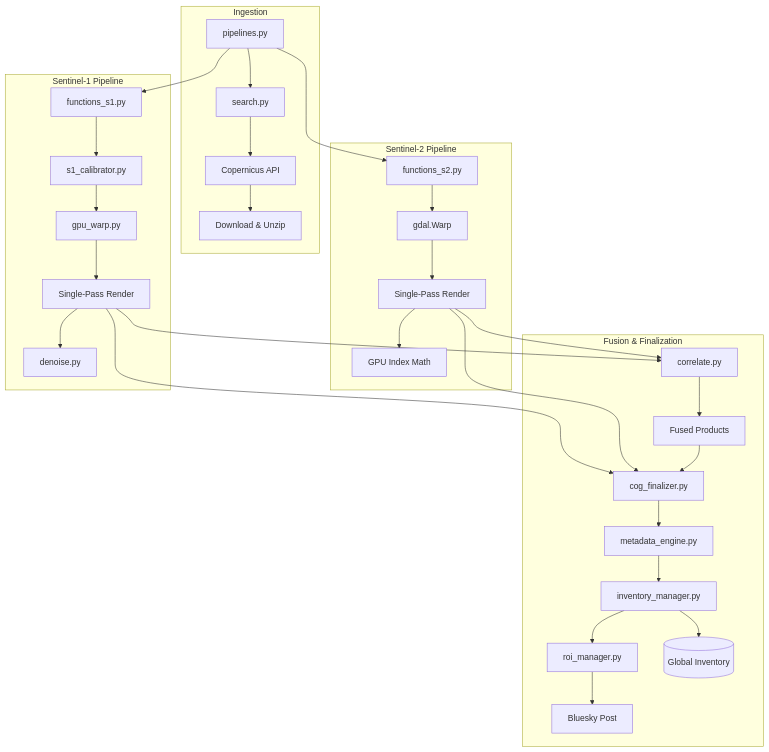
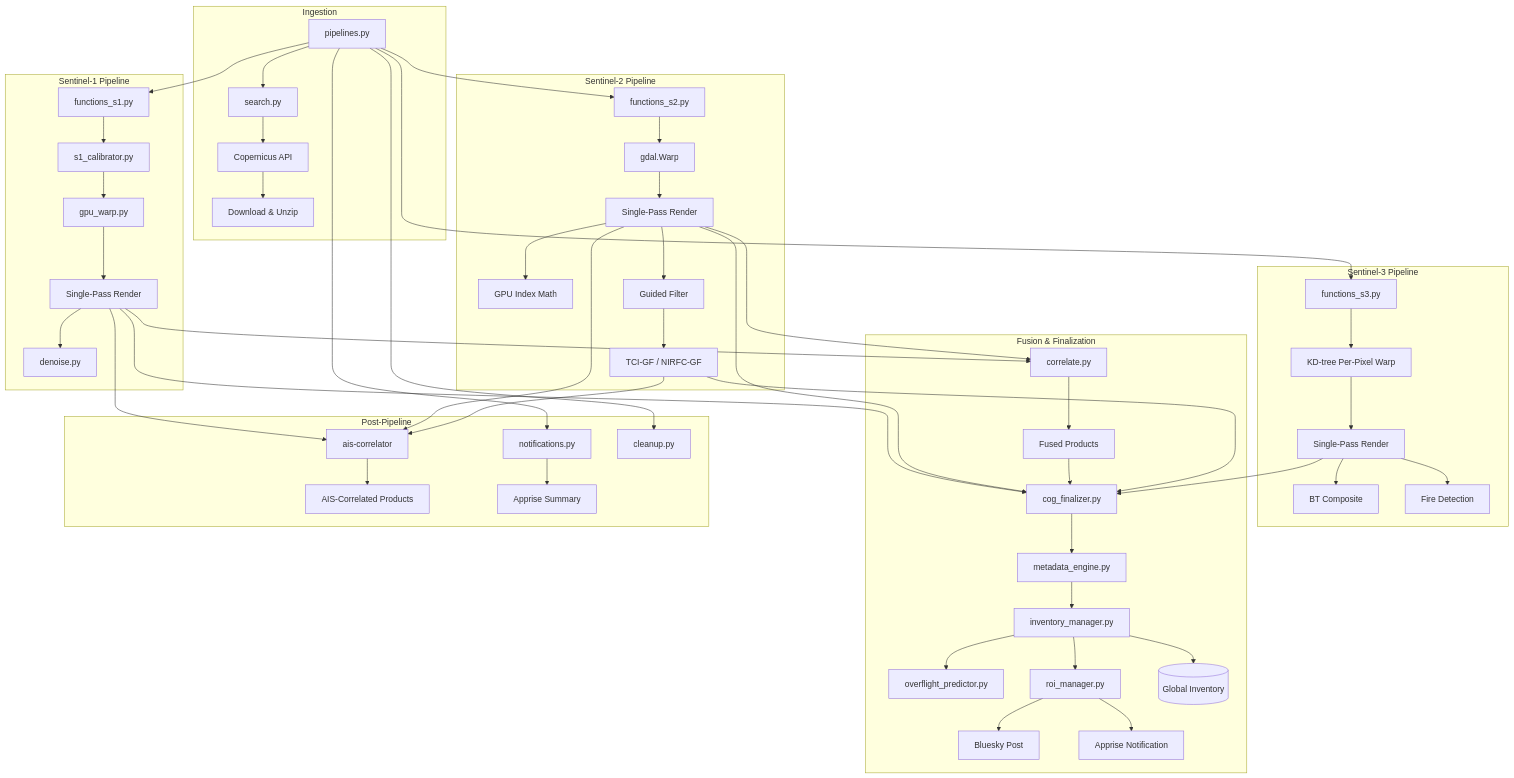
The diagram in PROJECT_OVERVIEW.md (sgofferj/python-sentinel-pipeline), drawn with Mermaid before and after one commit. The commit also changed other lines of this file and 29 other files, not shown here.

First line of the commit message:
Add per-satellite/fusion cleanup TTLs, --shutdown flag, CLEANUP_RAW blanket removal, CLEANUP_S2_VERSIONS per-tile retention

````diff
--- a/PROJECT_OVERVIEW.md
+++ b/PROJECT_OVERVIEW.md
@@ -30,36 +36,56 @@
 ```mermaid
 graph TD
     subgraph "Ingestion"
         P[pipelines.py] --> S[search.py]
         S --> D[Copernicus API]
         D --> DL[Download & Unzip]
     end
 
     subgraph "Sentinel-1 Pipeline"
         P --> S1P[functions_s1.py]
         S1P --> S1C[s1_calibrator.py]
         S1C --> S1W[gpu_warp.py]
         S1W --> S1R[Single-Pass Render]
         S1R --> DN[denoise.py]
     end
 
     subgraph "Sentinel-2 Pipeline"
         P --> S2P[functions_s2.py]
         S2P --> S2W[gdal.Warp]
         S2W --> S2R[Single-Pass Render]
         S2R --> IDX[GPU Index Math]
+        S2R --> GF[Guided Filter]
+        GF --> GF_OUT[TCI-GF / NIRFC-GF]
+    end
+
+    subgraph "Sentinel-3 Pipeline"
+        P --> S3P[functions_s3.py]
+        S3P --> S3W[KD-tree Per-Pixel Warp]
+        S3W --> S3R[Single-Pass Render]
+        S3R --> BT[BT Composite]
+        S3R --> FIRE[Fire Detection]
     end
 
     subgraph "Fusion & Finalization"
         S1R --> COR[correlate.py]
         S2R --> COR
         COR --> FUS[Fused Products]
-        
-        S1R & S2R & FUS --> COG[cog_finalizer.py]
+
+        S1R & S2R & S3R & FUS & GF_OUT --> COG[cog_finalizer.py]
         COG --> META[metadata_engine.py]
         META --> INV[inventory_manager.py]
+        INV --> OVF[overflight_predictor.py]
         INV --> ROI[roi_manager.py]
         ROI --> BSKY[Bluesky Post]
+        ROI --> APP[Apprise Notification]
         INV --> OUT[(Global Inventory)]
     end
+
+    subgraph "Post-Pipeline"
+        S1R & S2R & GF_OUT --> AIS[ais-correlator]
+        AIS --> AIS_OUT[AIS-Correlated Products]
+        P --> NOT[notifications.py]
+        NOT --> APP_N[Apprise Summary]
+        P --> CLN[cleanup.py]
+    end
 ```
````
